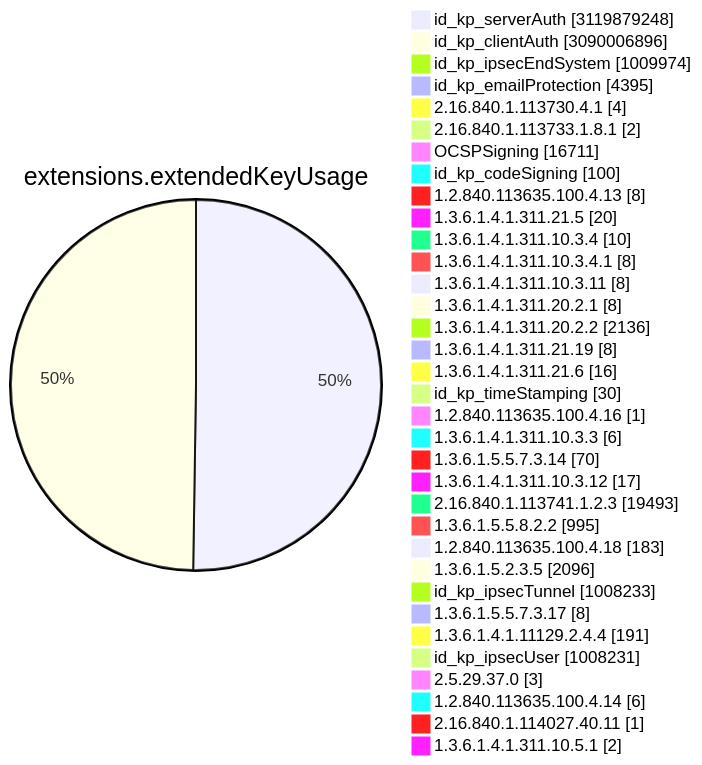
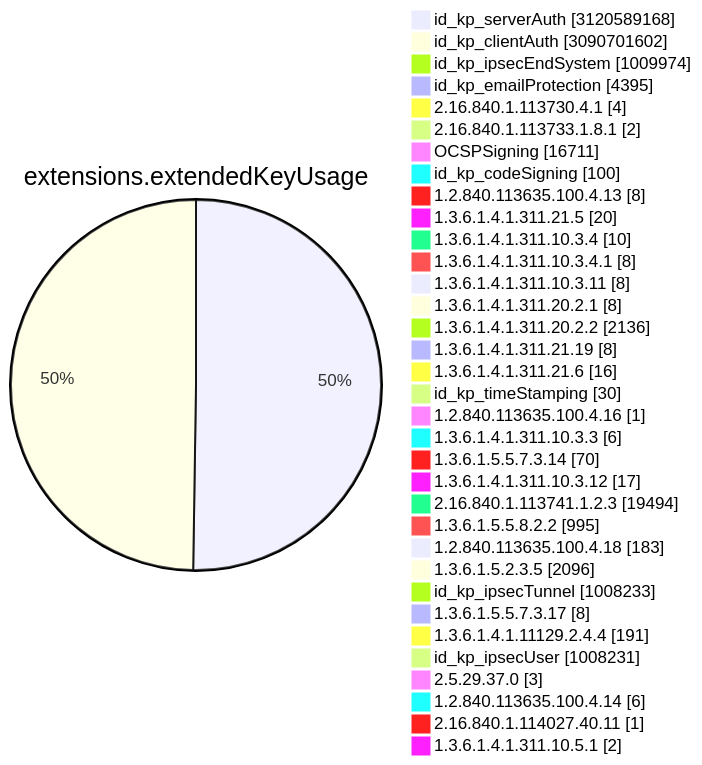
One commit to christiankrug/ctmonitor_visualization changed diagram 11 of 15 in TOTAL/README.md. Above: the diagram before and after it, drawn with Mermaid. The commit also changed other lines of this file, not shown here.

````diff
--- a/TOTAL/README.md
+++ b/TOTAL/README.md
@@ -4119,38 +4119,38 @@
 ```mermaid
 pie showData
 title extensions.extendedKeyUsage
-"id_kp_serverAuth" :3119879248
-"id_kp_clientAuth" :3090006896
+"id_kp_serverAuth" :3120589168
+"id_kp_clientAuth" :3090701602
 "id_kp_ipsecEndSystem" :1009974
 "id_kp_emailProtection" :4395
 "2.16.840.1.113730.4.1" :4
 "2.16.840.1.113733.1.8.1" :2
 "OCSPSigning" :16711
 "id_kp_codeSigning" :100
 "1.2.840.113635.100.4.13" :8
 "1.3.6.1.4.1.311.21.5" :20
 "1.3.6.1.4.1.311.10.3.4" :10
 "1.3.6.1.4.1.311.10.3.4.1" :8
 "1.3.6.1.4.1.311.10.3.11" :8
 "1.3.6.1.4.1.311.20.2.1" :8
 "1.3.6.1.4.1.311.20.2.2" :2136
 "1.3.6.1.4.1.311.21.19" :8
 "1.3.6.1.4.1.311.21.6" :16
 "id_kp_timeStamping" :30
 "1.2.840.113635.100.4.16" :1
 "1.3.6.1.4.1.311.10.3.3" :6
 "1.3.6.1.5.5.7.3.14" :70
 "1.3.6.1.4.1.311.10.3.12" :17
-"2.16.840.1.113741.1.2.3" :19493
+"2.16.840.1.113741.1.2.3" :19494
 "1.3.6.1.5.5.8.2.2" :995
 "1.2.840.113635.100.4.18" :183
 "1.3.6.1.5.2.3.5" :2096
 "id_kp_ipsecTunnel" :1008233
 "1.3.6.1.5.5.7.3.17" :8
 "1.3.6.1.4.1.11129.2.4.4" :191
 "id_kp_ipsecUser" :1008231
 "2.5.29.37.0" :3
 "1.2.840.113635.100.4.14" :6
 "2.16.840.1.114027.40.11" :1
 "1.3.6.1.4.1.311.10.5.1" :2
 ```
````
